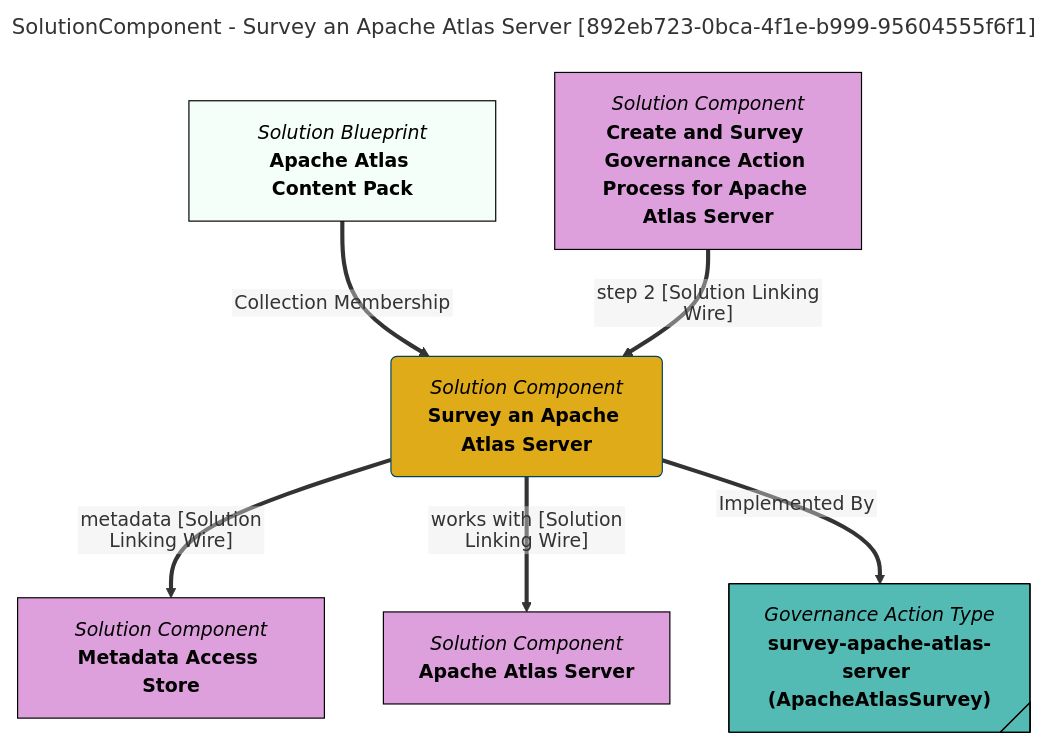
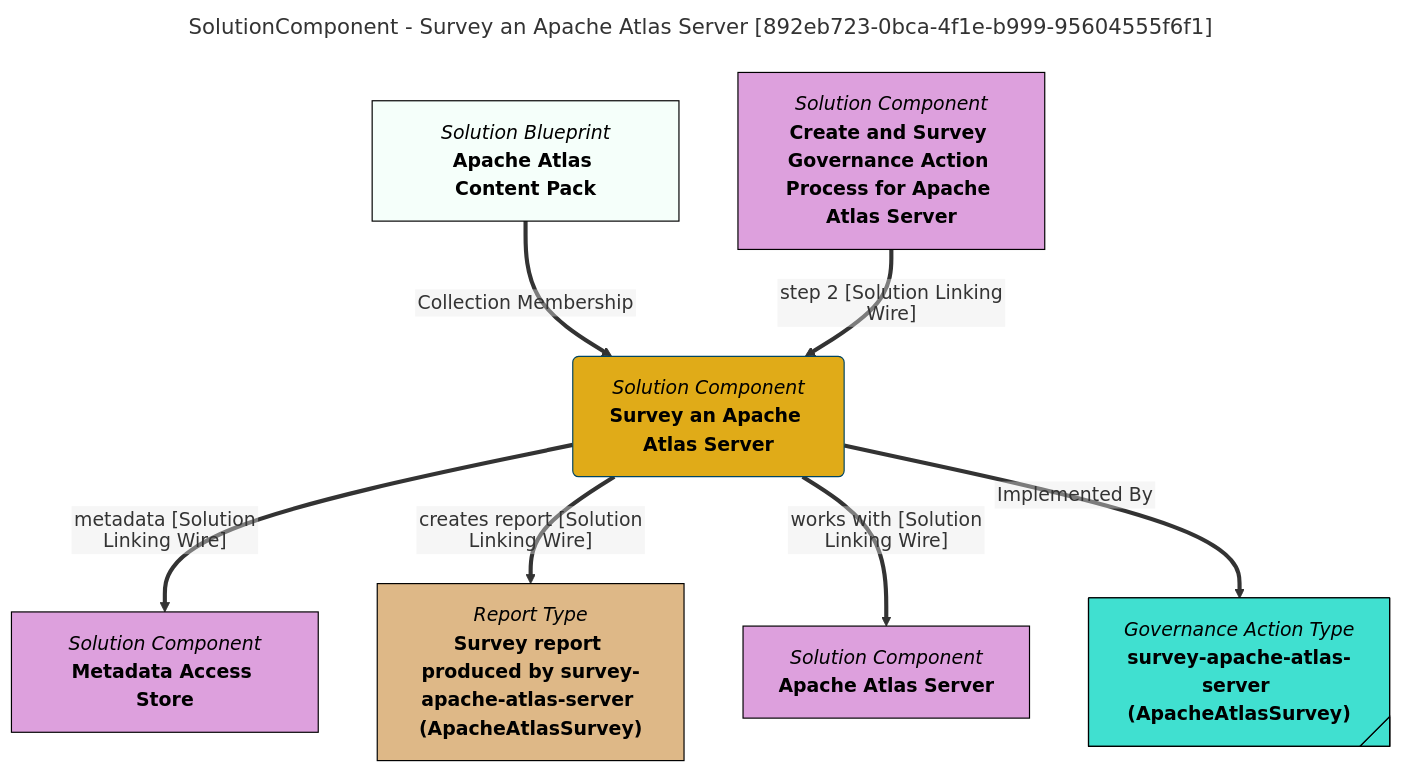
The diagram in site/snippets/blueprints/components/survey-apache-atlas-server-mermaid-graph.md (odpi/egeria-docs), drawn with Mermaid before and after one commit. The commit also changed 2201 other files, not shown here.

````diff
--- a/site/snippets/blueprints/components/survey-apache-atlas-server-mermaid-graph.md
+++ b/site/snippets/blueprints/components/survey-apache-atlas-server-mermaid-graph.md
@@ -1,35 +1,39 @@
 ```mermaid
 ---
 title: SolutionComponent - Survey an Apache Atlas Server [892eb723-0bca-4f1e-b999-95604555f6f1]
 ---
 flowchart TD
 %%{init: {"flowchart": {"htmlLabels": false}} }%%
 
 1@{ shape: rounded, label: "*Solution Component*
 **Survey an Apache Atlas Server**"}
 2@{ shape: rect, label: "*Solution Blueprint*
 **Apache Atlas Content Pack**"}
 2==>|"Collection Membership"|1
 3@{ shape: rect, label: "*Solution Component*
 **Metadata Access Store**"}
 1==>|"metadata [Solution Linking Wire]"|3
-4@{ shape: rect, label: "*Solution Component*
+4@{ shape: rect, label: "*Report Type*
+**Survey report produced by survey-apache-atlas-server (ApacheAtlasSurvey)**"}
+1==>|"creates report [Solution Linking Wire]"|4
+5@{ shape: rect, label: "*Solution Component*
 **Create and Survey Governance Action Process for Apache Atlas Server**"}
-4==>|"step 2 [Solution Linking Wire]"|1
-5@{ shape: rect, label: "*Solution Component*
+5==>|"step 2 [Solution Linking Wire]"|1
+6@{ shape: rect, label: "*Solution Component*
 **Apache Atlas Server**"}
-1==>|"works with [Solution Linking Wire]"|5
-6@{ shape: tag-rect, label: "*Governance Action Type*
+1==>|"works with [Solution Linking Wire]"|6
+7@{ shape: tag-rect, label: "*Governance Action Type*
 **survey-apache-atlas-server (ApacheAtlasSurvey)**"}
-1==>|"Implemented By"|6
+1==>|"Implemented By"|7
 style 1 color:#000000, fill:#e0ab18, stroke:#004563
 style 2 color:#000000, fill:#f5fffa, stroke:#000000
-style 3 color:#000000, fill:#dda0dd, stroke:#000000
-style 4 color:#000000, fill:#dda0dd, stroke:#000000
-style 5 color:#000000, fill:#dda0dd, stroke:#000000
-style 6 color:#000000, fill:#53bbb4, stroke:#000000
+style 3 color:#000000, fill:#DDA0DD, stroke:#000000
+style 4 color:#000000, fill:#DEB887, stroke:#000000
+style 5 color:#000000, fill:#DDA0DD, stroke:#000000
+style 6 color:#000000, fill:#DDA0DD, stroke:#000000
+style 7 color:#000000, fill:#40E0D0, stroke:#000000
 click 1 "https://egeria-project.org/concepts/governance-action-type/" "Click for more documentation" _blank
 click 3 "https://egeria-project.org/concepts/metadata-access-store/" "Click for more documentation" _blank
-click 4 "https://egeria-project.org/egeria-solutions/leveraging-apache-atlas/overview/" "Click for more documentation" _blank
-click 5 "https://atlas.apache.org/" "Click for more documentation" _blank
+click 5 "https://egeria-project.org/egeria-solutions/leveraging-apache-atlas/overview/" "Click for more documentation" _blank
+click 6 "https://atlas.apache.org/" "Click for more documentation" _blank
 ```
````
